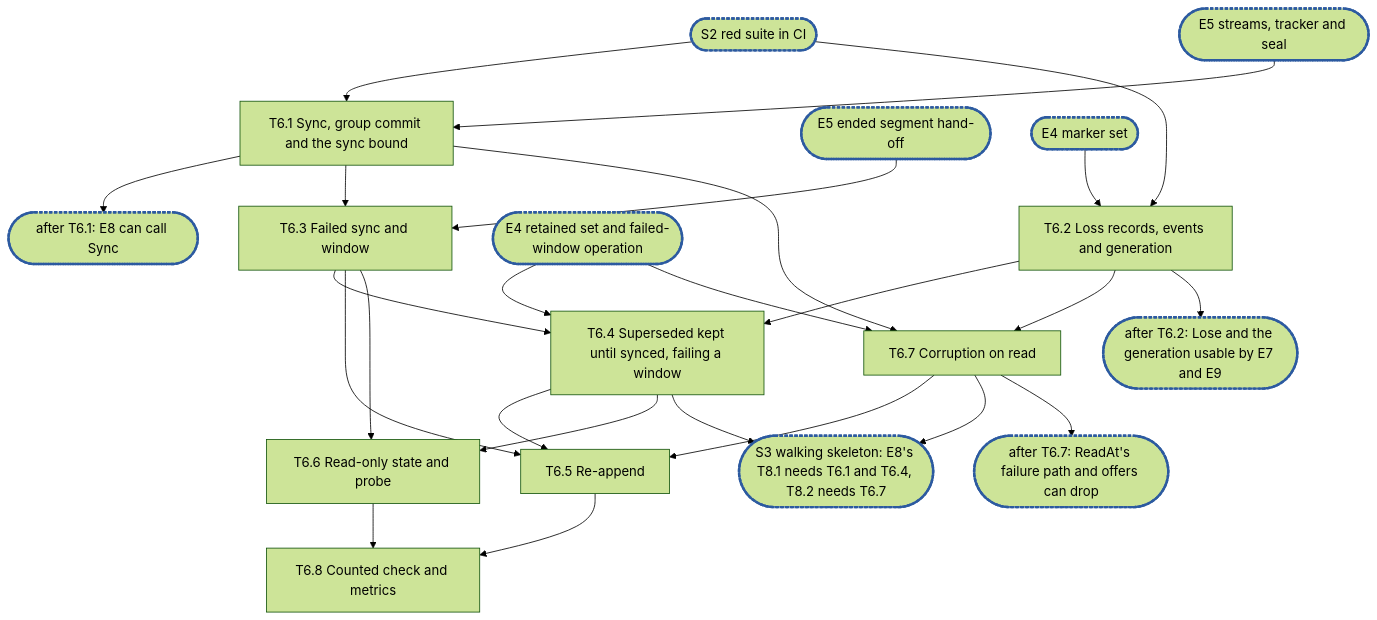
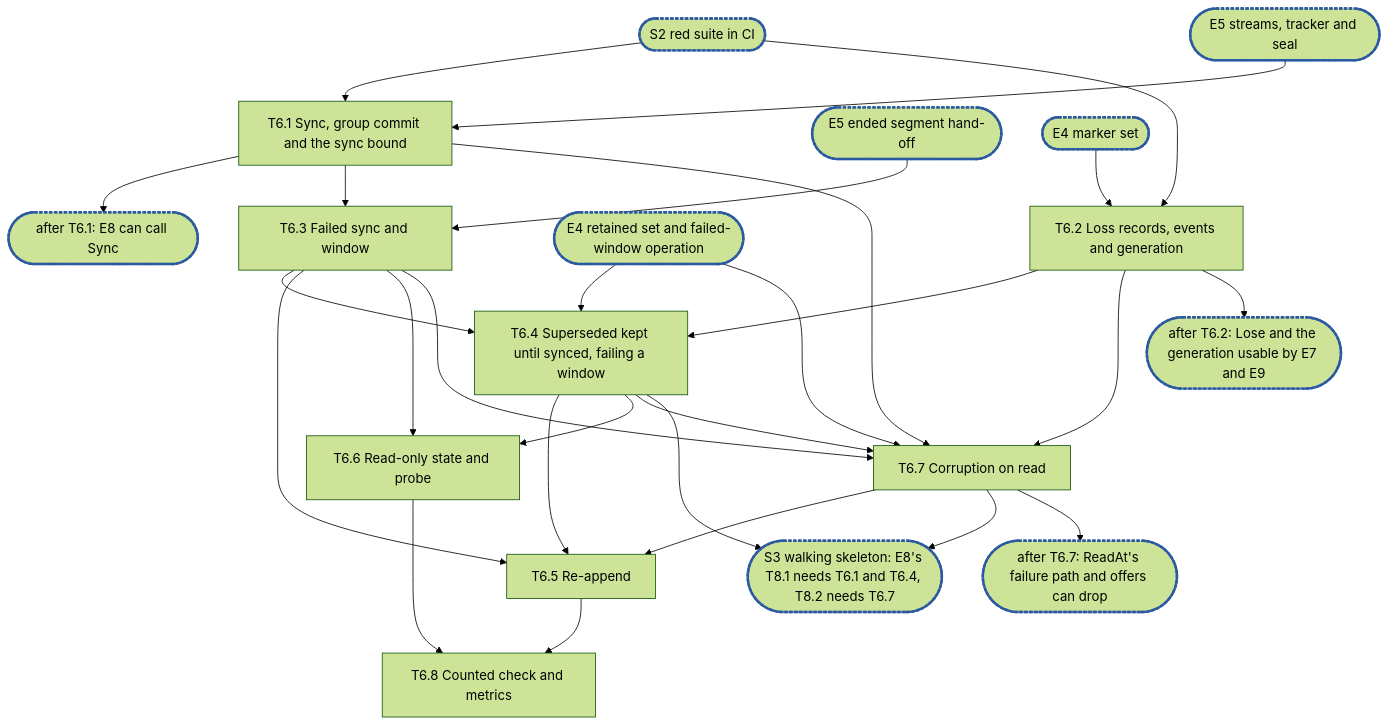
One commit to marmos91/dittofs changed the diagram in docs/internals/planning/rfc-1-journal-epic6.md. Above: the diagram before and after it, drawn with Mermaid (forest theme). The commit also changed other lines of this file and 2 other files, not shown here.

````diff
--- a/docs/internals/planning/rfc-1-journal-epic6.md
+++ b/docs/internals/planning/rfc-1-journal-epic6.md
@@ -1187,28 +1222,30 @@
 ```mermaid
 flowchart TD
   S2(["S2 red suite in CI"]):::sync --> T1["T6.1 Sync, group commit and the sync bound"]
   S2 --> T2["T6.2 Loss records, events and generation"]
   E5s(["E5 streams, tracker and seal"]):::sync --> T1
   E5e(["E5 ended segment hand-off"]):::sync --> T3
   E4r(["E4 retained set and failed-window operation"]):::sync --> T4
   E4r --> T7
   E4m(["E4 marker set"]):::sync --> T2
   T1 --> C1(["after T6.1: E8 can call Sync"]):::sync
   T1 --> T3["T6.3 Failed sync and window"]
   T2 --> T4["T6.4 Superseded kept until synced, failing a window"]
   T3 --> T4
   T3 --> T5["T6.5 Re-append"]
   T4 --> T5
   T3 --> T6["T6.6 Read-only state and probe"]
   T4 --> T6
   T1 --> T7["T6.7 Corruption on read"]
   T2 --> T7
+  T3 --> T7
+  T4 --> T7
   T7 --> T5
   T2 --> C2(["after T6.2: Lose and the generation usable by E7 and E9"]):::sync
   T4 --> S3(["S3 walking skeleton: E8's T8.1 needs T6.1 and T6.4, T8.2 needs T6.7"]):::sync
   T7 --> S3
   T7 --> C3(["after T6.7: ReadAt's failure path and offers can drop"]):::sync
   T6 --> T8["T6.8 Counted check and metrics"]
   T5 --> T8
   classDef sync stroke:#2c5aa0,stroke-width:3px,stroke-dasharray:4 2
 ```
````
